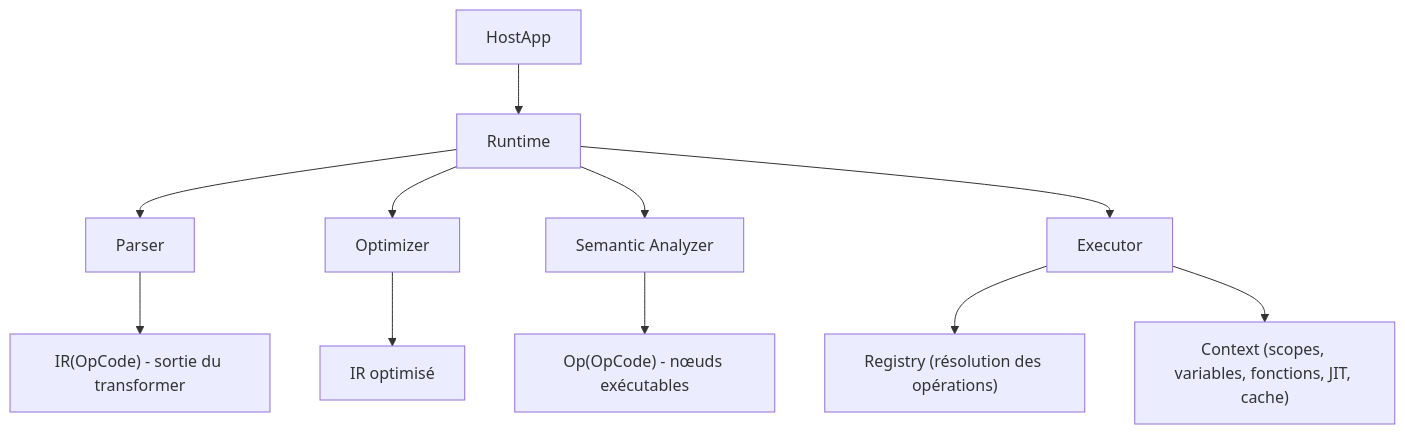
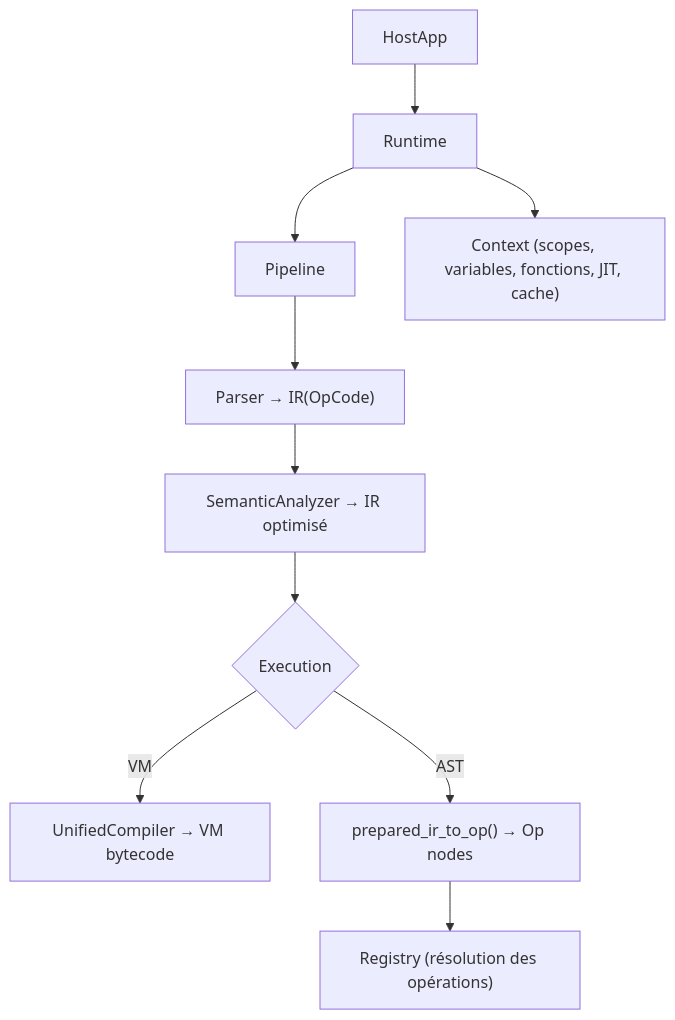
One commit to aristofor/catnip changed the diagram in docs/lang/GLOSSARY.md. Above: the diagram before and after it, drawn with Mermaid. The commit also changed other lines of this file and 729 other files, not shown here.

````diff
--- a/docs/lang/GLOSSARY.md
+++ b/docs/lang/GLOSSARY.md
@@ -635,13 +650,12 @@
 ```mermaid
 flowchart TD
     A["HostApp"] --> B["Runtime"]
-    B --> C["Parser"]
-    C --> C1["IR(OpCode) - sortie du transformer"]
-    B --> D["Optimizer"]
-    D --> D1["IR optimisé"]
-    B --> E["Semantic Analyzer"]
-    E --> E1["Op(OpCode) - nœuds exécutables"]
-    B --> F["Executor"]
+    B --> C["Pipeline"]
+    C --> C1["Parser → IR(OpCode)"]
+    C1 --> C2["SemanticAnalyzer → IR optimisé"]
+    C2 --> D{"Execution"}
+    D -->|"VM"| E["UnifiedCompiler → VM bytecode"]
+    D -->|"AST"| F["prepared_ir_to_op() → Op nodes"]
     F --> G["Registry (résolution des opérations)"]
-    F --> H["Context (scopes, variables, fonctions, JIT, cache)"]
+    B --> H["Context (scopes, variables, fonctions, JIT, cache)"]
 ```
````
